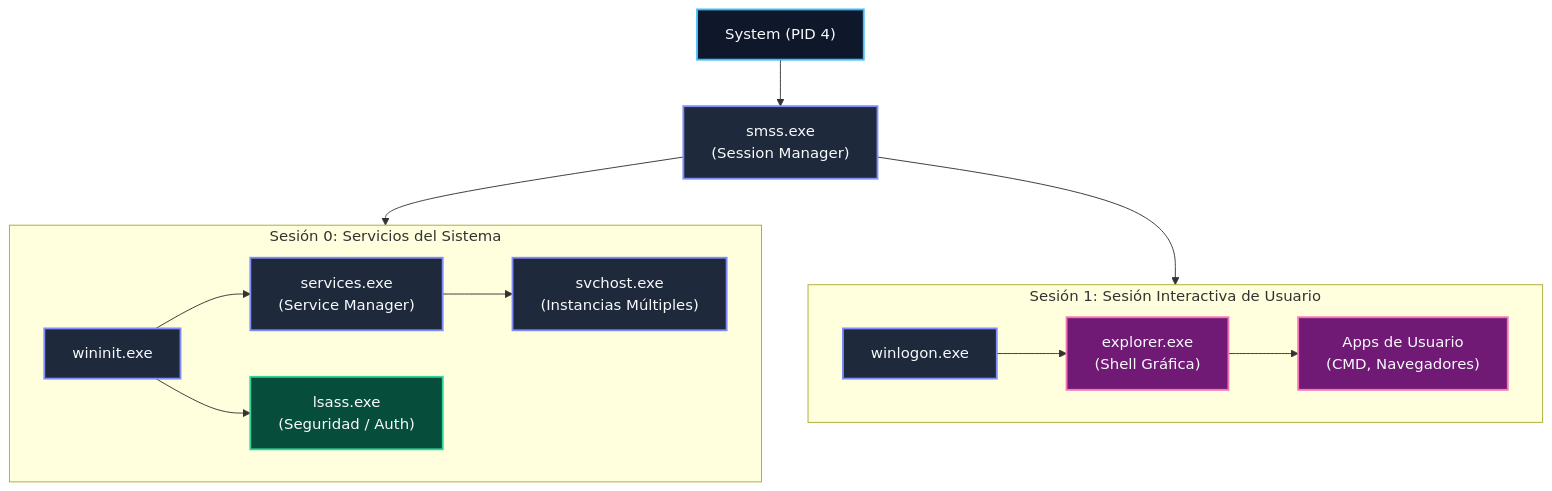
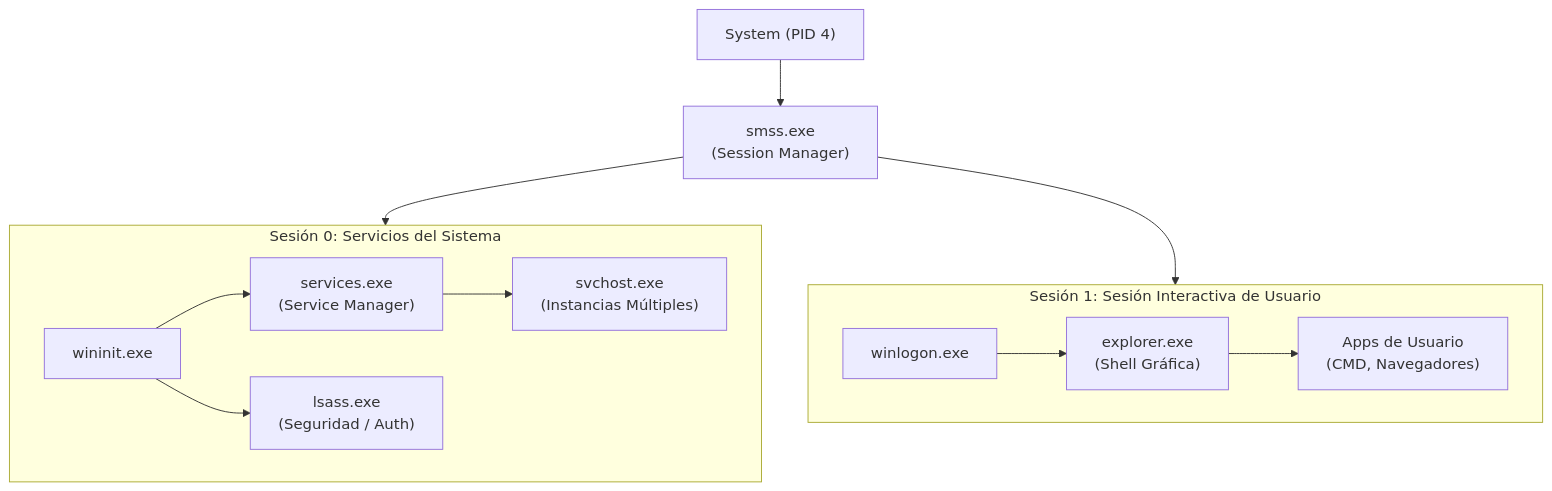
The third of 6 diagrams in malware-analysis/02-procesos-servicios-y-cuentas/README.md (purpesec/Cybersecurity-For-Beginners), drawn with Mermaid before and after one commit. The commit also changed other lines of this file and 4 other files, not shown here.

Commit message:
style: remover classDef y colores personalizados para usar estilo nativo estandar de Mermaid

````diff
--- a/malware-analysis/02-procesos-servicios-y-cuentas/README.md
+++ b/malware-analysis/02-procesos-servicios-y-cuentas/README.md
@@ -81,25 +73,20 @@
 ```mermaid
 flowchart TD
-    classDef boot fill:#0f172a,stroke:#38bdf8,stroke-width:2px,color:#f8fafc;
-    classDef sys fill:#1e293b,stroke:#818cf8,stroke-width:2px,color:#f8fafc;
-    classDef sec fill:#064e3b,stroke:#34d399,stroke-width:2px,color:#f8fafc;
-    classDef usr fill:#701a75,stroke:#f472b6,stroke-width:2px,color:#f8fafc;
-
-    SYS["System (PID 4)"]:::boot --> SMSS["smss.exe\n(Session Manager)"]:::sys
+    SYS["System (PID 4)"] --> SMSS["smss.exe\n(Session Manager)"]
 
     subgraph SES0["Sesión 0: Servicios del Sistema"]
         direction LR
-        WININIT["wininit.exe"]:::sys --> SCM["services.exe\n(Service Manager)"]:::sys
-        WININIT --> LSASS["lsass.exe\n(Seguridad / Auth)"]:::sec
-        SCM --> SVCHOST["svchost.exe\n(Instancias Múltiples)"]:::sys
+        WININIT["wininit.exe"] --> SCM["services.exe\n(Service Manager)"]
+        WININIT --> LSASS["lsass.exe\n(Seguridad / Auth)"]
+        SCM --> SVCHOST["svchost.exe\n(Instancias Múltiples)"]
     end
 
     subgraph SES1["Sesión 1: Sesión Interactiva de Usuario"]
         direction LR
-        WINLOGON["winlogon.exe"]:::sys --> EXPLORER["explorer.exe\n(Shell Gráfica)"]:::usr
-        EXPLORER --> USERAPPS["Apps de Usuario\n(CMD, Navegadores)"]:::usr
+        WINLOGON["winlogon.exe"] --> EXPLORER["explorer.exe\n(Shell Gráfica)"]
+        EXPLORER --> USERAPPS["Apps de Usuario\n(CMD, Navegadores)"]
     end
 
     SMSS --> SES0
     SMSS --> SES1
 ```
````
